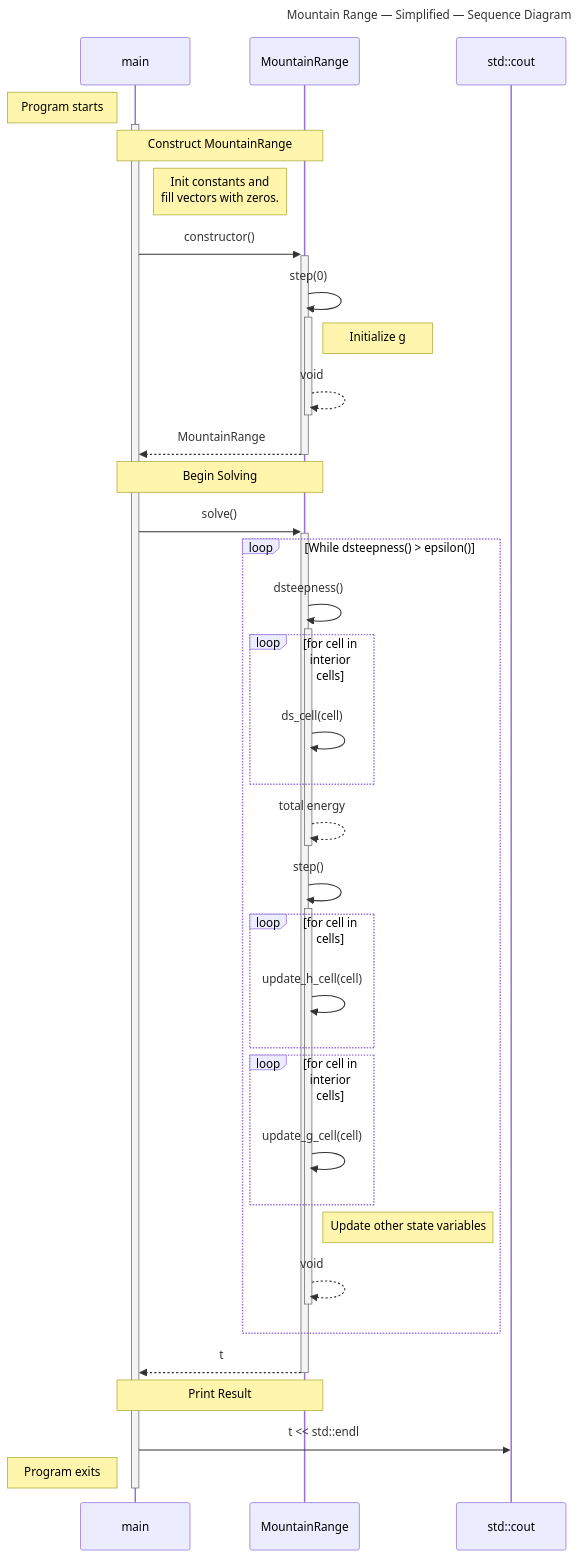
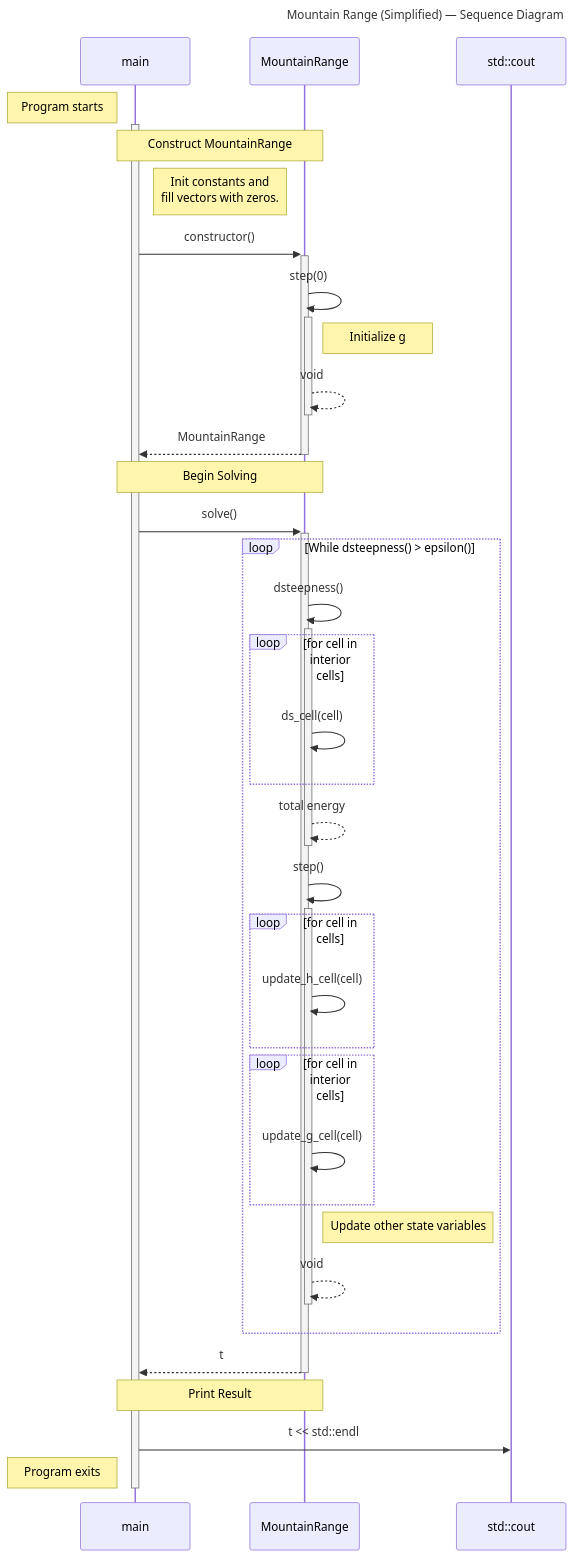
One commit to BYUHPC/sci-comp-course-example-cxx changed the diagram in docs/MountainRange-simplified-sequence-diagram.md. Above: the diagram before and after it, drawn with Mermaid. The commit also changed other lines of this file and 1 other file, not shown here.

Commit message:
Update references to 'simplified' diagram

````diff
--- a/docs/MountainRange-simplified-sequence-diagram.md
+++ b/docs/MountainRange-simplified-sequence-diagram.md
@@ -23,64 +23,64 @@
 ```mermaid
 ---
-title: Mountain Range — Simplified — Sequence Diagram
+title: Mountain Range (Simplified) — Sequence Diagram
 ---
 
 sequenceDiagram
 
 participant main
 participant MR as MountainRange
 participant cout as std::cout
 
 note left of main: Program starts
 activate main
 
 %% Initialize MountainRange
 note over main,MR: Construct MountainRange
 note right of main: Init constants and<br>fill vectors with zeros.
 main->>+MR: constructor()
     MR->>+MR: step(0)
     note right of MR: Initialize g
     MR-->>-MR: void
 MR-->>-main: MountainRange
 %% End construct MountainRange
 
 %% Call Solve
 note over main,MR: Begin Solving
 main->>+MR: solve()
     loop While dsteepness() > epsilon()
         
         %% Evaluate steepness
         MR->>+MR: dsteepness()
             loop for cell in interior cells
                 MR->>MR: ds_cell(cell)
             end
         MR-->>-MR: total energy
         
         %% Perform step
         MR->>+MR: step()
             %% Modify h cells
             loop for cell in cells
                 MR->>MR: update_h_cell(cell)
             end
 
             %% Modify g cells
             loop for cell in interior cells
                 MR->>MR: update_g_cell(cell)
             end
 
             %% Update other state variables
             note right of MR: Update other state variables
         MR-->>-MR: void
     
     end
 MR-->>-main: t
 %% End solve
 
 %% Print result
 note over main,MR: Print Result
 main->>cout: t << std::endl
 %% end print
 
 note left of main: Program exits
 deactivate main
 ```
````
